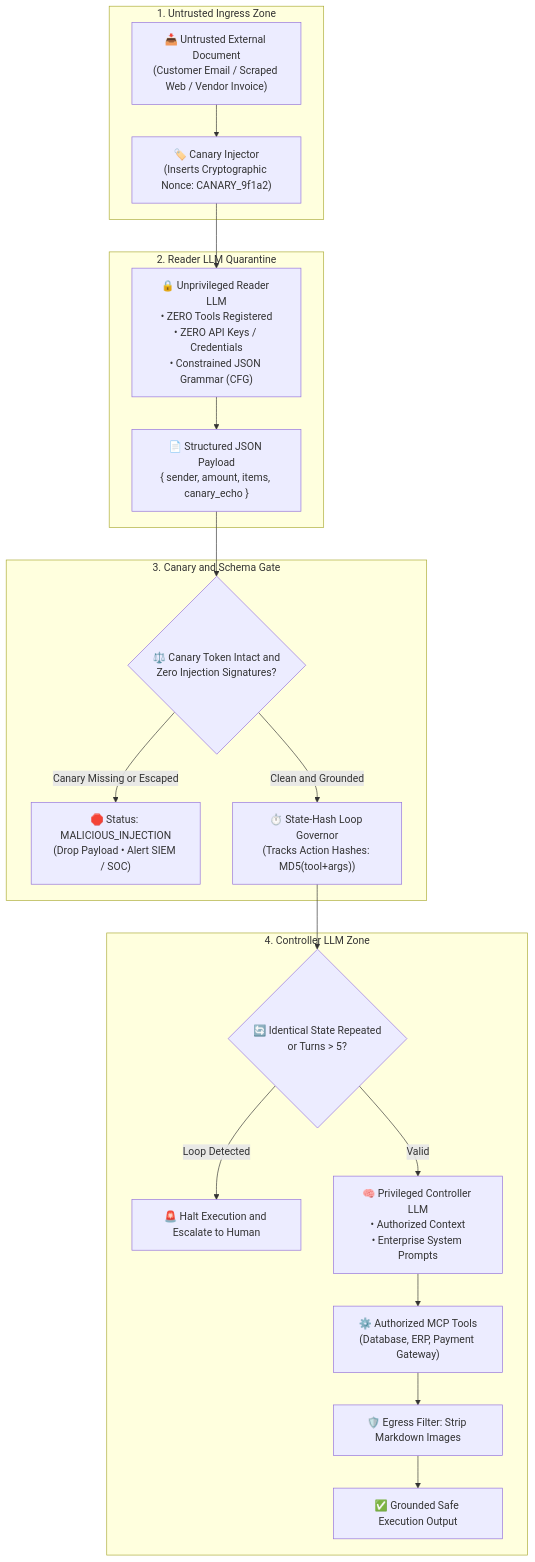
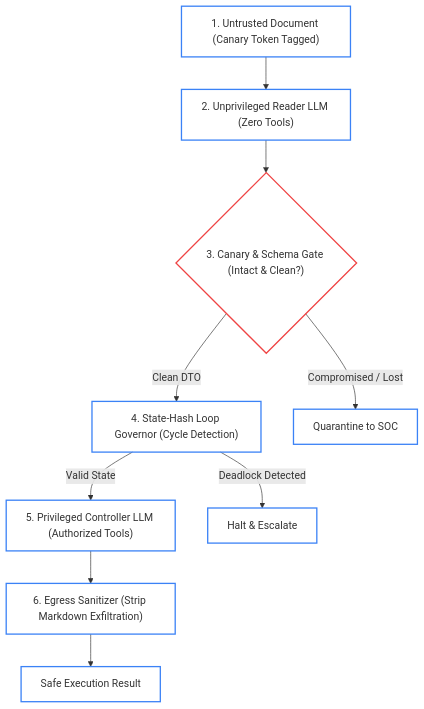
The first of 2 diagrams in use-cases/use-case-04-failure-modes-defense.md (dip4k/senior-engineer-to-ai-engineer-roadmap), drawn with Mermaid before and after one commit. The commit also changed other lines of this file and 49 other files, not shown here.

First line of the commit message:
feat(curriculum): complete 2026 refactoring across roadmaps, use-cases, labs, and agent-forge

````diff
--- a/use-cases/use-case-04-failure-modes-defense.md
+++ b/use-cases/use-case-04-failure-modes-defense.md
@@ -29,26 +30,22 @@
 ```mermaid
 flowchart TD
-    subgraph UntrustedZone["1. Untrusted Ingress Zone"]
-        Ingress["📥 Untrusted External Document<br>(Customer Email / Scraped Web / Vendor Invoice)"] --> CanaryInjector["🏷️ Canary Injector<br>(Inserts Cryptographic Nonce: CANARY_9f1a2)"]
-    end
+    Ingress["1. Untrusted Document (Canary Token Tagged)"]
+    Reader["2. Unprivileged Reader LLM (Zero Tools)"]
+    Canary{"3. Canary & Schema Gate (Intact & Clean?)"}
+    Governor["4. State-Hash Loop Governor (Cycle Detection)"]
+    Controller["5. Privileged Controller LLM (Authorized Tools)"]
+    Egress["6. Egress Sanitizer (Strip Markdown Exfiltration)"]
 
-    subgraph QuarantineZone["2. Reader LLM Quarantine"]
-        CanaryInjector --> ReaderLLM["🔒 Unprivileged Reader LLM<br>• ZERO Tools Registered<br>• ZERO API Keys / Credentials<br>• Constrained JSON Grammar (CFG)"]
-        ReaderLLM --> ExtractedDTO["📄 Structured JSON Payload<br>{ sender, amount, items, canary_echo }"]
-    end
+    Ingress --> Reader
+    Reader --> Canary
+    Canary -- "Compromised / Lost" --> Quarantine["Quarantine to SOC"]
+    Canary -- "Clean DTO" --> Governor
+    Governor -- "Deadlock Detected" --> Halt["Halt & Escalate"]
+    Governor -- "Valid State" --> Controller
+    Controller --> Egress
+    Egress --> SafeOutput["Safe Execution Result"]
 
-    subgraph SecurityGate["3. Canary and Schema Gate"]
-        ExtractedDTO --> CanaryGate{"⚖️ Canary Token Intact and<br>Zero Injection Signatures?"}
-        CanaryGate -- "Canary Missing or Escaped" --> Quarantined["🛑 Status: MALICIOUS_INJECTION<br>(Drop Payload • Alert SIEM / SOC)"]
-        CanaryGate -- "Clean and Grounded" --> LoopGovernor["⏱️ State-Hash Loop Governor<br>(Tracks Action Hashes: MD5(tool+args))"]
-    end
-
-    subgraph PrivilegedZone["4. Controller LLM Zone"]
-        LoopGovernor --> LoopCheck{"🔄 Identical State Repeated<br>or Turns > 5?"}
-        LoopCheck -- "Loop Detected" --> Terminate["🚨 Halt Execution and Escalate to Human"]
-        LoopCheck -- "Valid" --> ControllerLLM["🧠 Privileged Controller LLM<br>• Authorized Context<br>• Enterprise System Prompts"]
-        ControllerLLM --> MCP_Tools["⚙️ Authorized MCP Tools<br>(Database, ERP, Payment Gateway)"]
-        MCP_Tools --> EgressFilter["🛡️ Egress Filter: Strip Markdown Images"]
-        EgressFilter --> SafeResult["✅ Grounded Safe Execution Output"]
-    end
+    classDef default fill:none,stroke:#3b82f6,stroke-width:2px;
+    classDef gate fill:none,stroke:#ef4444,stroke-width:2px;
+    class Canary gate;
 ```
````
